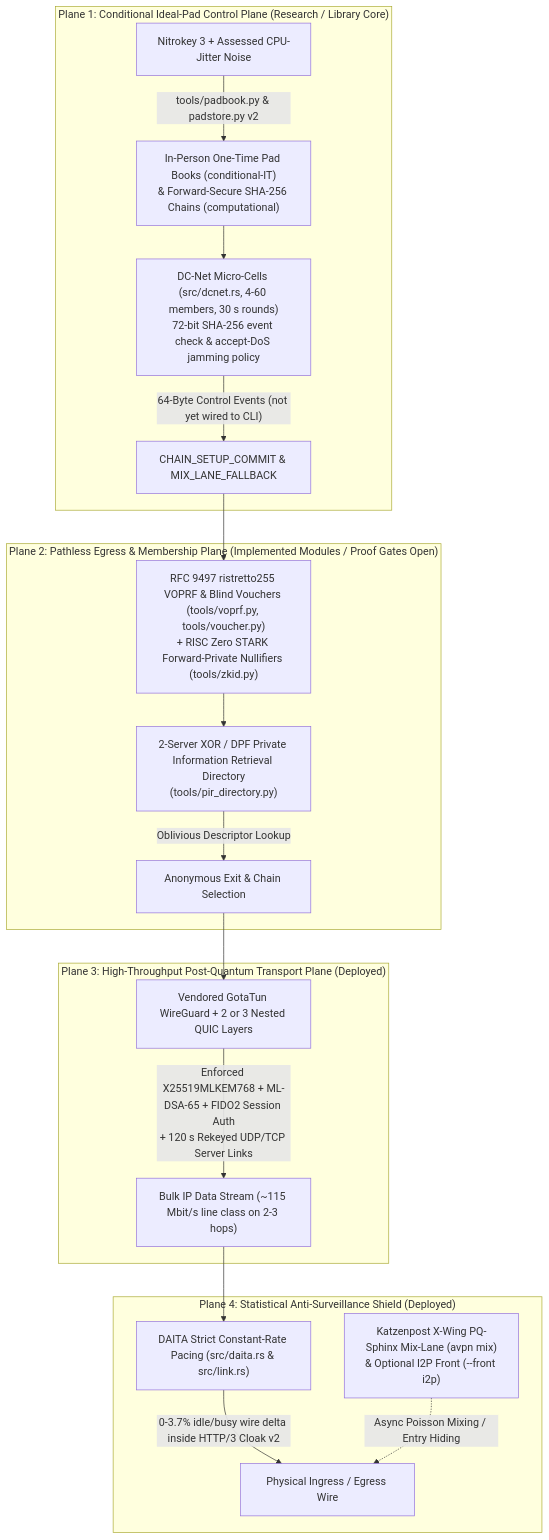
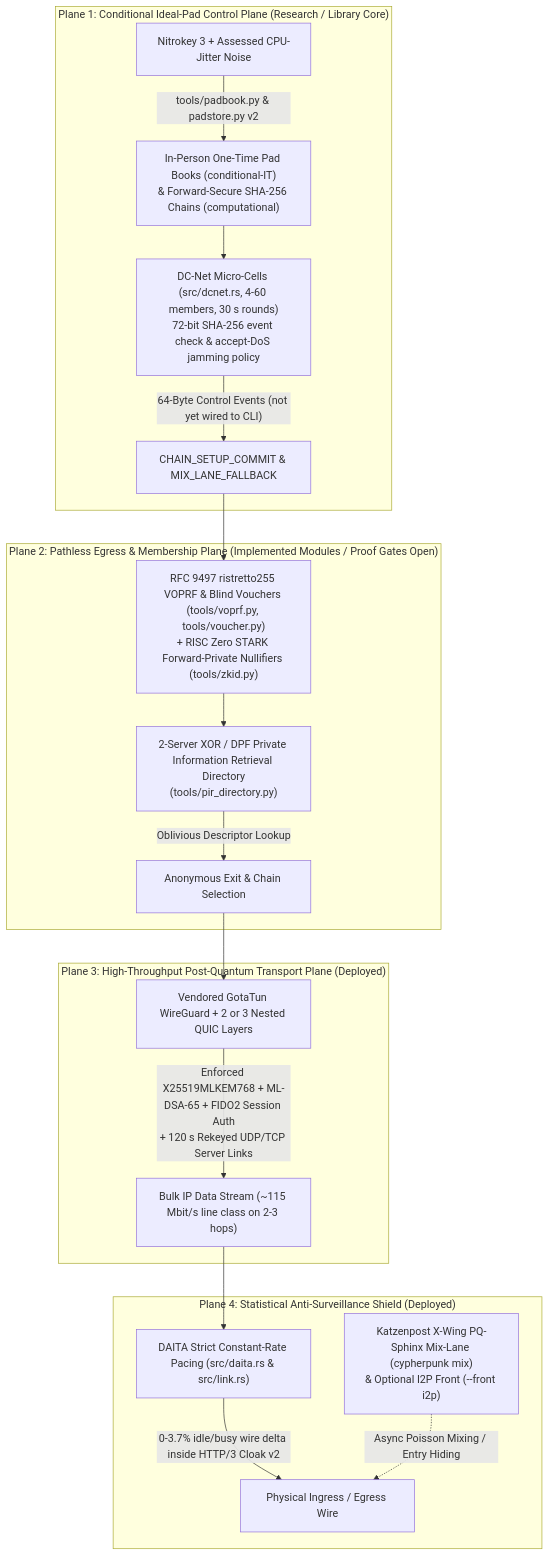
One commit to R1VER77/ADVANCED_VPN changed the ninth of 10 diagrams in README.md. Above: the diagram before and after it, drawn with Mermaid. The commit also changed other lines of this file and 431 other files, not shown here.

````diff
--- a/README.md
+++ b/README.md
@@ -822,25 +823,25 @@
 ```mermaid
 flowchart TD
     subgraph P1["Plane 1: Conditional Ideal-Pad Control Plane (Research / Library Core)"]
         NK["Nitrokey 3 + Assessed CPU-Jitter Noise"] -->|"tools/padbook.py & padstore.py v2"| PB["In-Person One-Time Pad Books (conditional-IT)<br/>& Forward-Secure SHA-256 Chains (computational)"]
         PB --> DC["DC-Net Micro-Cells (src/dcnet.rs, 4-60 members, 30 s rounds)<br/>72-bit SHA-256 event check & accept-DoS jamming policy"]
         DC -->|"64-Byte Control Events (not yet wired to CLI)"| TOK["CHAIN_SETUP_COMMIT & MIX_LANE_FALLBACK"]
     end
 
     subgraph P2["Plane 2: Pathless Egress & Membership Plane (Implemented Modules / Proof Gates Open)"]
         TOK --> HYBRID["RFC 9497 ristretto255 VOPRF & Blind Vouchers (tools/voprf.py, tools/voucher.py)<br/>+ RISC Zero STARK Forward-Private Nullifiers (tools/zkid.py)"]
         HYBRID --> PIR["2-Server XOR / DPF Private Information Retrieval Directory<br/>(tools/pir_directory.py)"]
         PIR -->|"Oblivious Descriptor Lookup"| EXT["Anonymous Exit & Chain Selection"]
     end
 
     subgraph P3["Plane 3: High-Throughput Post-Quantum Transport Plane (Deployed)"]
         EXT --> WG["Vendored GotaTun WireGuard + 2 or 3 Nested QUIC Layers"]
         WG -->|"Enforced X25519MLKEM768 + ML-DSA-65 + FIDO2 Session Auth<br/>+ 120 s Rekeyed UDP/TCP Server Links"| DAT["Bulk IP Data Stream (~115 Mbit/s line class on 2-3 hops)"]
     end
 
     subgraph P4["Plane 4: Statistical Anti-Surveillance Shield (Deployed)"]
         DAT --> CR["DAITA Strict Constant-Rate Pacing (src/daita.rs & src/link.rs)"]
         CR -->|"0-3.7% idle/busy wire delta inside HTTP/3 Cloak v2"| WIRE["Physical Ingress / Egress Wire"]
-        MIX["Katzenpost X-Wing PQ-Sphinx Mix-Lane (avpn mix)<br/>& Optional I2P Front (--front i2p)"] -.->|"Async Poisson Mixing / Entry Hiding"| WIRE
+        MIX["Katzenpost X-Wing PQ-Sphinx Mix-Lane (cypherpunk mix)<br/>& Optional I2P Front (--front i2p)"] -.->|"Async Poisson Mixing / Entry Hiding"| WIRE
     end
 ```
````
